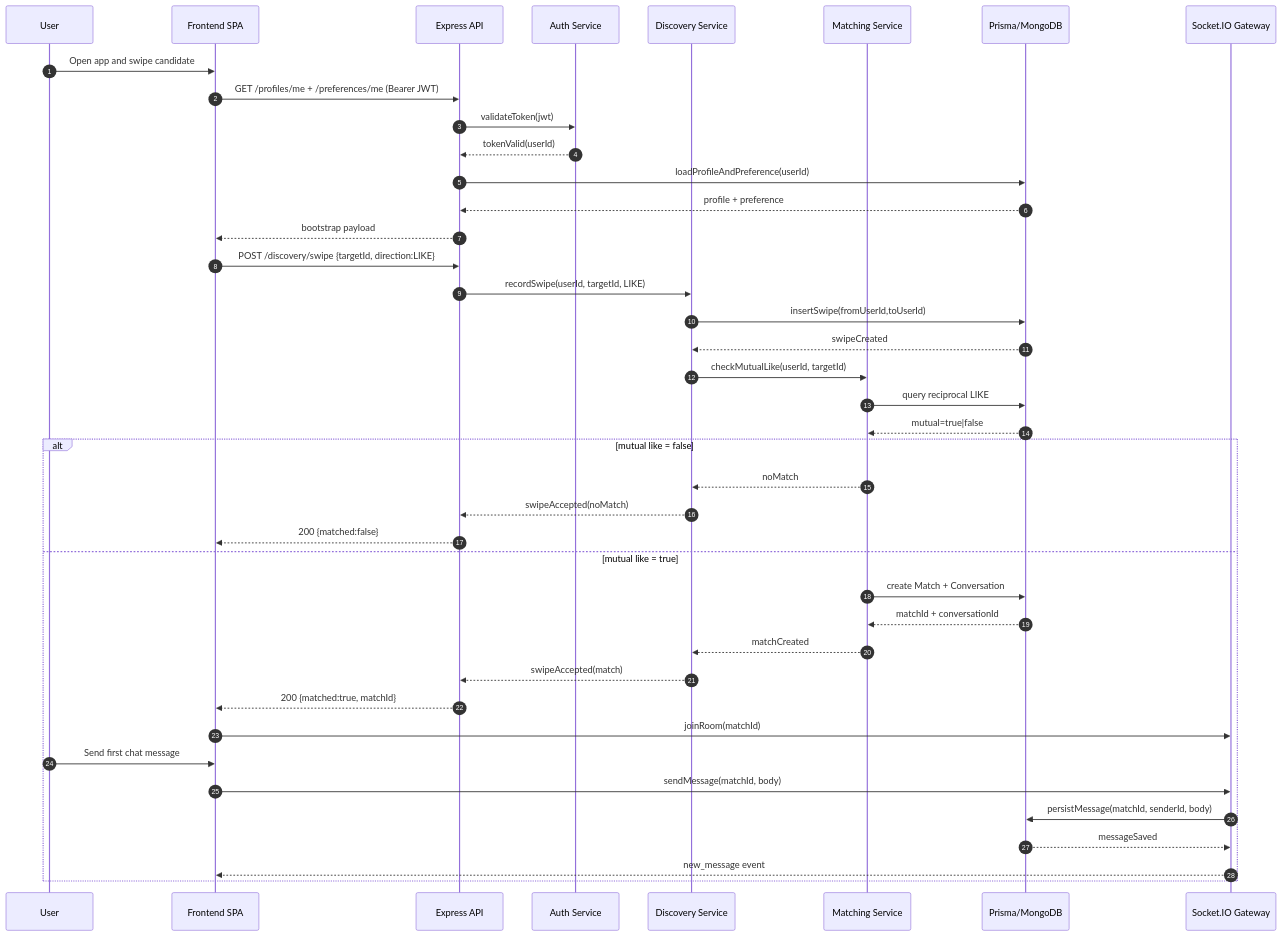
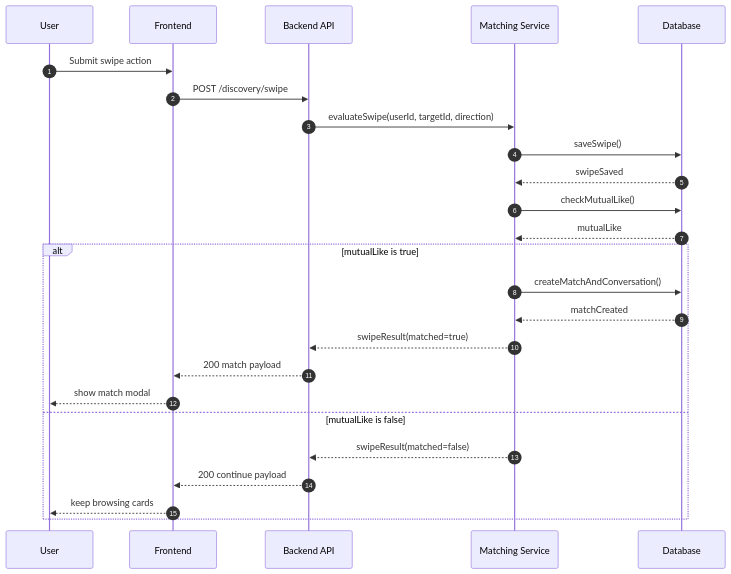
The diagram in diagrams/src/05-sequence-diagram.mmd (mitul-bhatia/Vibes), drawn with Mermaid before and after one commit. The commit also changed 7 other files, not shown here.

```diff
--- a/diagrams/src/05-sequence-diagram.mmd
+++ b/diagrams/src/05-sequence-diagram.mmd
@@ -1,44 +1,27 @@
 sequenceDiagram
   autonumber
   participant U as User
-  participant FE as Frontend SPA
-  participant API as Express API
-  participant AUTH as Auth Service
-  participant DISC as Discovery Service
-  participant MATCH as Matching Service
-  participant DB as Prisma/MongoDB
-  participant WS as Socket.IO Gateway
+  participant FE as Frontend
+  participant API as Backend API
+  participant SVC as Matching Service
+  participant DB as Database
 
-  U->>FE: Open app and swipe candidate
-  FE->>API: GET /profiles/me + /preferences/me (Bearer JWT)
-  API->>AUTH: validateToken(jwt)
-  AUTH-->>API: tokenValid(userId)
-  API->>DB: loadProfileAndPreference(userId)
-  DB-->>API: profile + preference
-  API-->>FE: bootstrap payload
+  U->>FE: Submit swipe action
+  FE->>API: POST /discovery/swipe
+  API->>SVC: evaluateSwipe(userId, targetId, direction)
+  SVC->>DB: saveSwipe()
+  DB-->>SVC: swipeSaved
+  SVC->>DB: checkMutualLike()
+  DB-->>SVC: mutualLike
 
-  FE->>API: POST /discovery/swipe {targetId, direction:LIKE}
-  API->>DISC: recordSwipe(userId, targetId, LIKE)
-  DISC->>DB: insertSwipe(fromUserId,toUserId)
-  DB-->>DISC: swipeCreated
-  DISC->>MATCH: checkMutualLike(userId, targetId)
-  MATCH->>DB: query reciprocal LIKE
-  DB-->>MATCH: mutual=true|false
-
-  alt mutual like = false
-    MATCH-->>DISC: noMatch
-    DISC-->>API: swipeAccepted(noMatch)
-    API-->>FE: 200 {matched:false}
-  else mutual like = true
-    MATCH->>DB: create Match + Conversation
-    DB-->>MATCH: matchId + conversationId
-    MATCH-->>DISC: matchCreated
-    DISC-->>API: swipeAccepted(match)
-    API-->>FE: 200 {matched:true, matchId}
-    FE->>WS: joinRoom(matchId)
-    U->>FE: Send first chat message
-    FE->>WS: sendMessage(matchId, body)
-    WS->>DB: persistMessage(matchId, senderId, body)
-    DB-->>WS: messageSaved
-    WS-->>FE: new_message event
+  alt mutualLike is true
+    SVC->>DB: createMatchAndConversation()
+    DB-->>SVC: matchCreated
+    SVC-->>API: swipeResult(matched=true)
+    API-->>FE: 200 match payload
+    FE-->>U: show match modal
+  else mutualLike is false
+    SVC-->>API: swipeResult(matched=false)
+    API-->>FE: 200 continue payload
+    FE-->>U: keep browsing cards
   end
```
